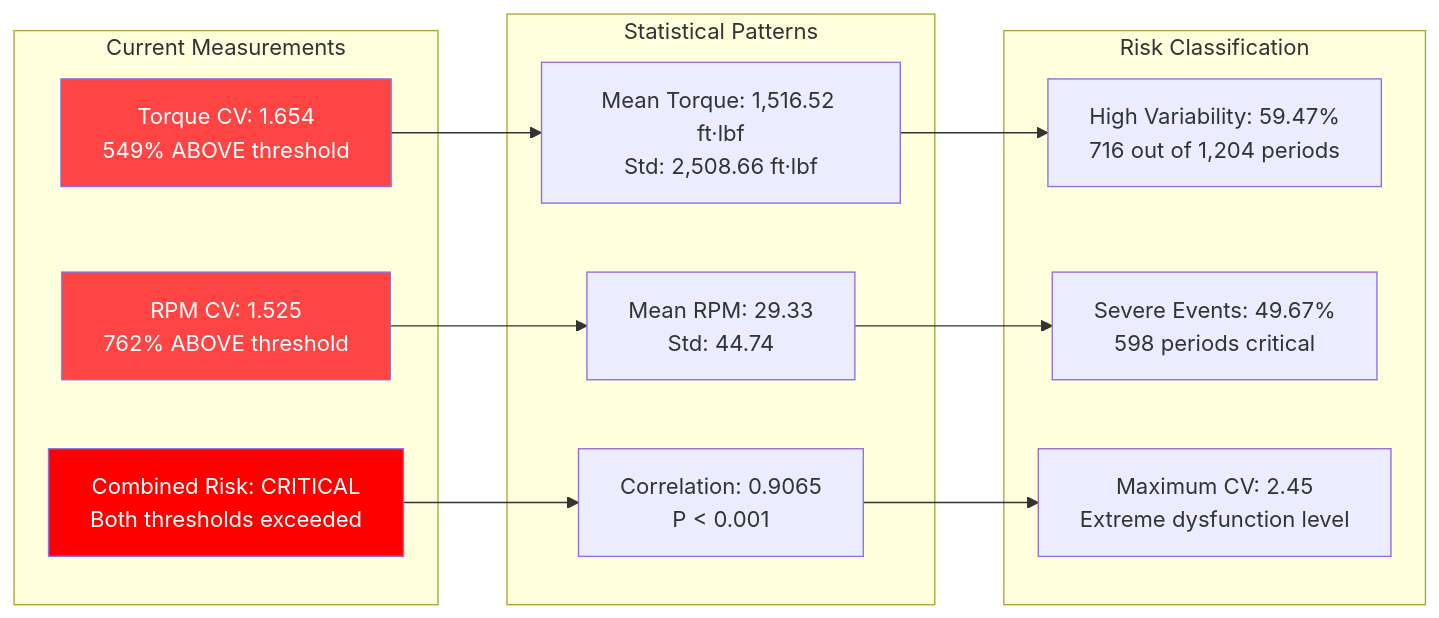
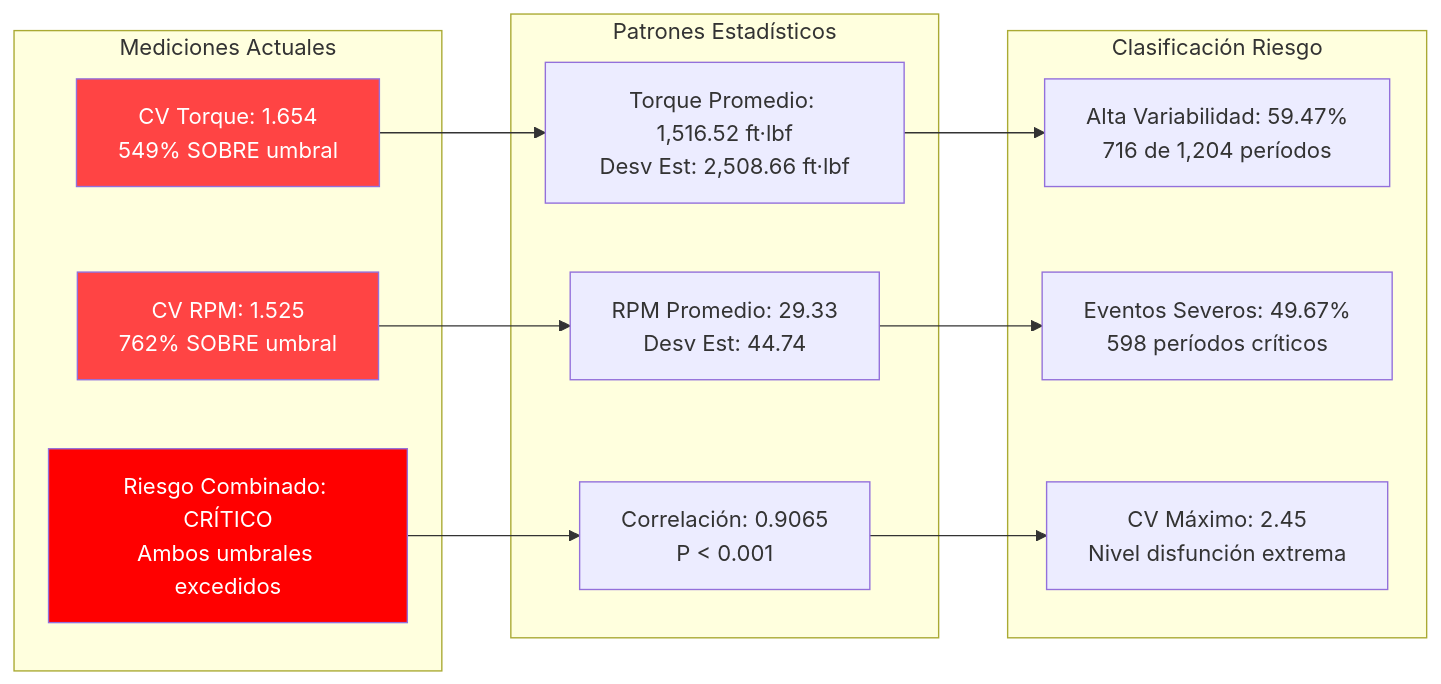
One commit to wonder-dmercadal/PublicReports changed diagram 12 of 13 in PAE_Report.md. Above: the diagram before and after it, drawn with Mermaid. The commit also changed other lines of this file, not shown here.

````diff
--- a/PAE_Report.md
+++ b/PAE_Report.md
@@ -296,28 +271,28 @@
 ```mermaid
 graph LR
-    subgraph "Current Measurements"
-        A[Torque CV: 1.654<br/>549% ABOVE threshold]
-        B[RPM CV: 1.525<br/>762% ABOVE threshold]
-        C[Combined Risk: CRITICAL<br/>Both thresholds exceeded]
+    subgraph "Mediciones Actuales"
+        A[CV Torque: 1.654<br/>549% SOBRE umbral]
+        B[CV RPM: 1.525<br/>762% SOBRE umbral]
+        C[Riesgo Combinado: CRÍTICO<br/>Ambos umbrales excedidos]
     end
     
-    subgraph "Statistical Patterns"
-        D[Mean Torque: 1,516.52 ft·lbf<br/>Std: 2,508.66 ft·lbf]
-        E[Mean RPM: 29.33<br/>Std: 44.74]
-        F[Correlation: 0.9065<br/>P < 0.001]
+    subgraph "Patrones Estadísticos"
+        D[Torque Promedio: 1,516.52 ft·lbf<br/>Desv Est: 2,508.66 ft·lbf]
+        E[RPM Promedio: 29.33<br/>Desv Est: 44.74]
+        F[Correlación: 0.9065<br/>P < 0.001]
     end
     
-    subgraph "Risk Classification"
-        G[High Variability: 59.47%<br/>716 out of 1,204 periods]
-        H[Severe Events: 49.67%<br/>598 periods critical]
-        I[Maximum CV: 2.45<br/>Extreme dysfunction level]
+    subgraph "Clasificación Riesgo"
+        G[Alta Variabilidad: 59.47%<br/>716 de 1,204 períodos]
+        H[Eventos Severos: 49.67%<br/>598 períodos críticos]
+        I[CV Máximo: 2.45<br/>Nivel disfunción extrema]
     end
     
     A --> D --> G
     B --> E --> H
     C --> F --> I
     
     style A fill:#ff4444,color:#fff
     style B fill:#ff4444,color:#fff
     style C fill:#ff0000,color:#fff
 ```
````
